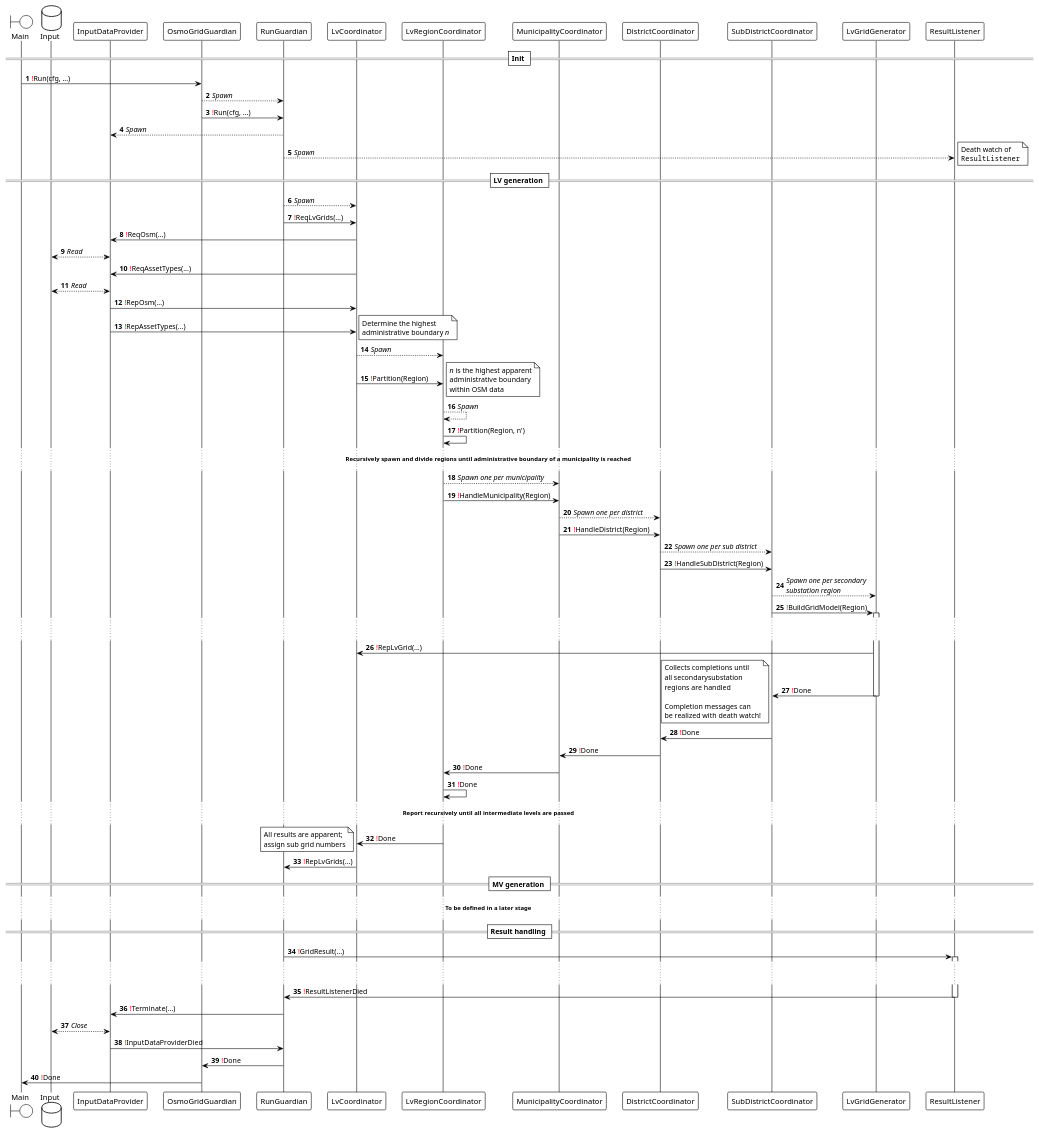
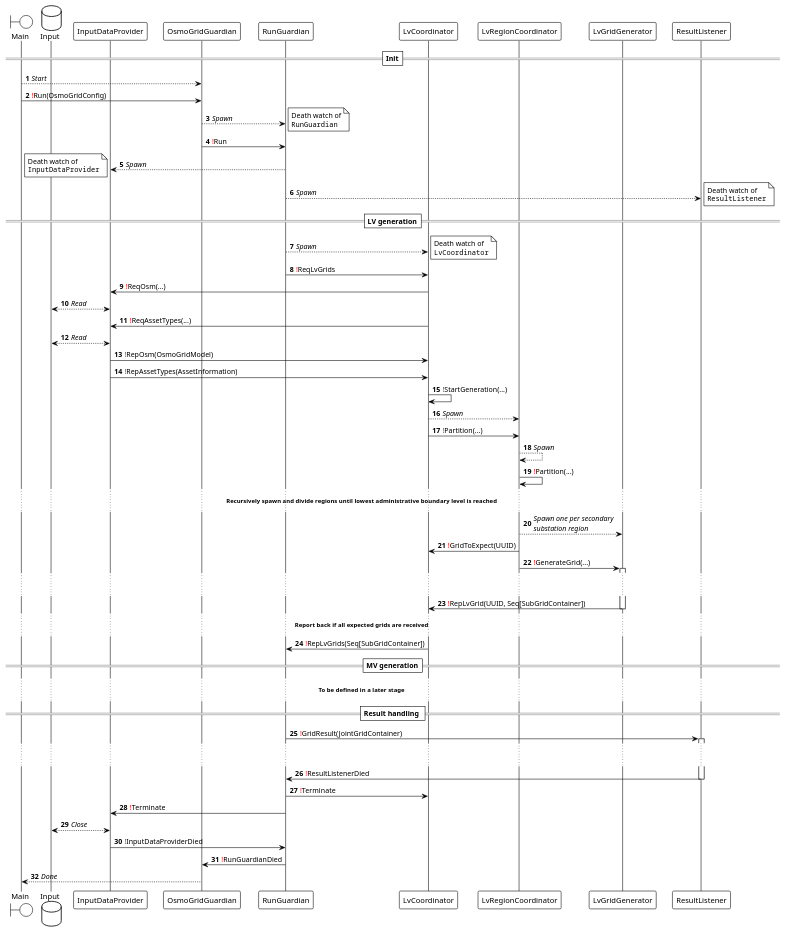
The diagram in docs/puml/protocol/protocol.puml (ie3-institute/OSMoGrid), drawn with PlantUML before and after one commit.

```diff
--- a/docs/puml/protocol/protocol.puml
+++ b/docs/puml/protocol/protocol.puml
@@ -1,94 +1,76 @@
 @startuml
 'https://plantuml.com/sequence-diagram
 
 !theme plain
 autonumber
 
 boundary Main
 database Input
 participant InputDataProvider
 participant OsmoGridGuardian
 participant RunGuardian
 participant LvCoordinator
 participant LvRegionCoordinator
-participant MunicipalityCoordinator
-participant DistrictCoordinator
-participant SubDistrictCoordinator
 participant LvGridGenerator
 participant ResultListener
 
-== Init ==
-Main -> OsmoGridGuardian: <font color="red">!</font>Run(cfg, ...)
+==Init==
+Main --> OsmoGridGuardian: //Start//
+Main -> OsmoGridGuardian: <font color="red">!</font>Run(OsmoGridConfig)
 OsmoGridGuardian --> RunGuardian: //Spawn//
-OsmoGridGuardian -> RunGuardian: <font color="red">!</font>Run(cfg, ...)
+note right: Death watch of\n""RunGuardian""
+OsmoGridGuardian -> RunGuardian: <font color="red">!</font>Run
 RunGuardian --> InputDataProvider: //Spawn//
 
+note left: Death watch of\n""InputDataProvider""
 RunGuardian --> ResultListener: //Spawn//
 note right: Death watch of\n""ResultListener""
 
-== LV generation ==
+==LV generation==
 RunGuardian --> LvCoordinator: //Spawn//
-RunGuardian -> LvCoordinator: <font color="red">!</font>ReqLvGrids(...)
+note right: Death watch of\n""LvCoordinator""
+RunGuardian -> LvCoordinator: <font color="red">!</font>ReqLvGrids
 LvCoordinator -> InputDataProvider: <font color="red">!</font>ReqOsm(...)
 InputDataProvider <--> Input: //Read//
 LvCoordinator -> InputDataProvider: <font color="red">!</font>ReqAssetTypes(...)
 InputDataProvider <--> Input: //Read//
-InputDataProvider -> LvCoordinator: <font color="red">!</font>RepOsm(...)
-InputDataProvider -> LvCoordinator: <font color="red">!</font>RepAssetTypes(...)
-note right: Determine the highest\nadministrative boundary //n//
+InputDataProvider -> LvCoordinator: <font color="red">!</font>RepOsm(OsmoGridModel)
+InputDataProvider -> LvCoordinator: <font color="red">!</font>RepAssetTypes(AssetInformation)
+LvCoordinator -> LvCoordinator: <font color="red">!</font>StartGeneration(...)
 LvCoordinator --> LvRegionCoordinator: //Spawn//
 
-LvCoordinator -> LvRegionCoordinator: <font color="red">!</font>Partition(Region)
-note right: //n// is the highest apparent\nadministrative boundary\nwithin OSM data
+LvCoordinator -> LvRegionCoordinator: <font color="red">!</font>Partition(...)
 LvRegionCoordinator --> LvRegionCoordinator: //Spawn//
-LvRegionCoordinator -> LvRegionCoordinator: <font color="red">!</font>Partition(Region, n')
-... **Recursively spawn and divide regions until administrative boundary of a municipality is reached** ...
+LvRegionCoordinator -> LvRegionCoordinator: <font color="red">!</font>Partition(...)
+... **Recursively spawn and divide regions until lowest administrative boundary level is reached** ...
 
-LvRegionCoordinator --> MunicipalityCoordinator: //Spawn one per municipality//
-LvRegionCoordinator -> MunicipalityCoordinator: <font color="red">!</font>HandleMunicipality(Region)
-
-MunicipalityCoordinator --> DistrictCoordinator: //Spawn one per district//
-MunicipalityCoordinator -> DistrictCoordinator: <font color="red">!</font>HandleDistrict(Region)
-
-DistrictCoordinator --> SubDistrictCoordinator: //Spawn one per sub district//
-DistrictCoordinator -> SubDistrictCoordinator: <font color="red">!</font>HandleSubDistrict(Region)
-
-SubDistrictCoordinator --> LvGridGenerator: //Spawn one per secondary//\n//substation region//
-SubDistrictCoordinator -> LvGridGenerator: <font color="red">!</font>BuildGridModel(Region)
+LvRegionCoordinator --> LvGridGenerator: //Spawn one per secondary//\n//substation region//
+LvRegionCoordinator -> LvCoordinator: <font color="red">!</font>GridToExpect(UUID)
+LvRegionCoordinator -> LvGridGenerator: <font color="red">!</font>GenerateGrid(...)
 
 activate LvGridGenerator
 ... ...
-LvGridGenerator -> LvCoordinator: <font color="red">!</font>RepLvGrid(...)
-LvGridGenerator -> SubDistrictCoordinator: <font color="red">!</font>Done
-note left: Collects completions until\nall secondarysubstation\nregions are handled\n\nCompletion messages can\nbe realized with death watch!
+LvGridGenerator -> LvCoordinator: <font color="red">!</font>RepLvGrid(UUID, Seq[SubGridContainer])
 deactivate LvGridGenerator
 
-SubDistrictCoordinator -> DistrictCoordinator: <font color="red">!</font>Done
-DistrictCoordinator -> MunicipalityCoordinator: <font color="red">!</font>Done
-MunicipalityCoordinator -> LvRegionCoordinator: <font color="red">!</font>Done
-LvRegionCoordinator -> LvRegionCoordinator: <font color="red">!</font>Done
-... **Report recursively until all intermediate levels are passed** ...
-LvRegionCoordinator -> LvCoordinator: <font color="red">!</font>Done
-note left: All results are apparent;\nassign sub grid numbers
+... **Report back if all expected grids are received** ...
+LvCoordinator -> RunGuardian: <font color="red">!</font>RepLvGrids(Seq[SubGridContainer])
 
-LvCoordinator -> RunGuardian: <font color="red">!</font>RepLvGrids(...)
-
-== MV generation ==
+==MV generation==
 ... **To be defined in a later stage** ...
 
 == Result handling ==
-RunGuardian -> ResultListener: <font color="red">!</font>GridResult(...)
+RunGuardian -> ResultListener: <font color="red">!</font>GridResult(JointGridContainer)
 activate ResultListener
 ... ...
 ResultListener -> RunGuardian: <font color="red">!</font>ResultListenerDied
 deactivate ResultListener
-RunGuardian -> InputDataProvider: <font color="red">!</font>Terminate(...)
+RunGuardian -> LvCoordinator: <font color="red">!</font>Terminate
+RunGuardian -> InputDataProvider: <font color="red">!</font>Terminate
 InputDataProvider <--> Input: //Close//
 InputDataProvider -> RunGuardian: <font color="red">!</font>InputDataProviderDied
 
-RunGuardian -> OsmoGridGuardian: <font color="red">!</font>Done
-OsmoGridGuardian -> Main: <font color="red">!</font>Done
-
-'TODO: Don't forget to spawn and initialize the ResultListener
+RunGuardian -> OsmoGridGuardian: <font color="red">!</font>RunGuardianDied
+OsmoGridGuardian --> Main: //Done//
 
 @enduml
```
